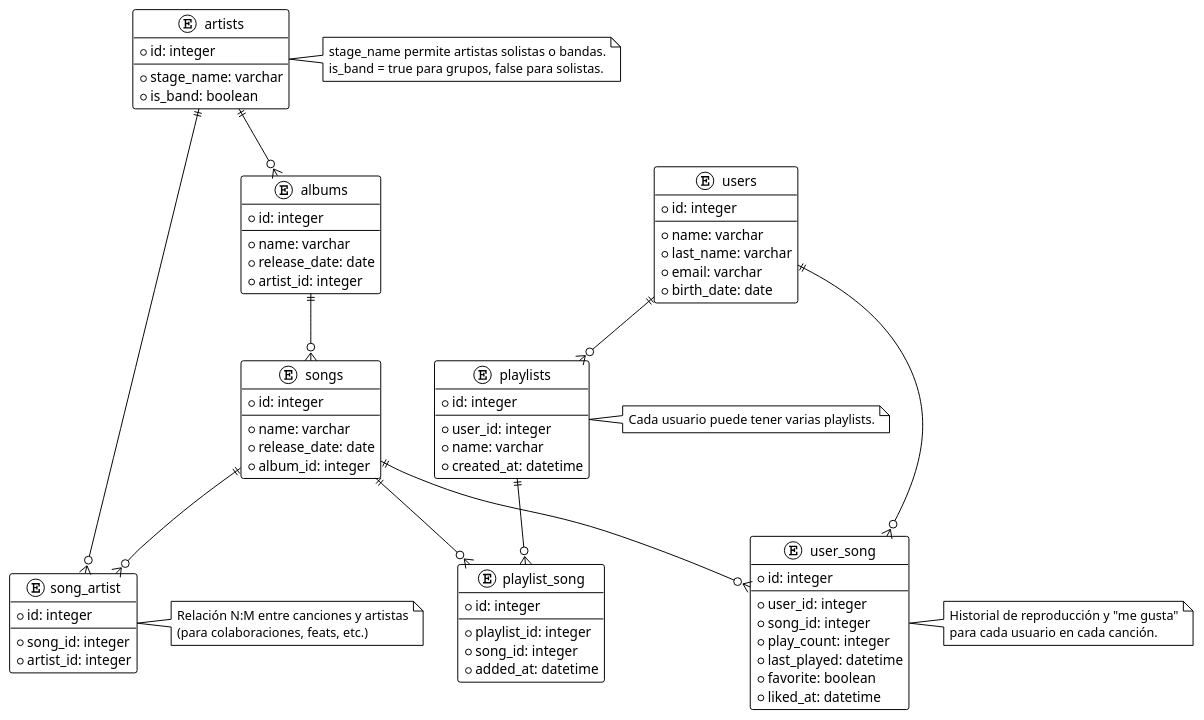
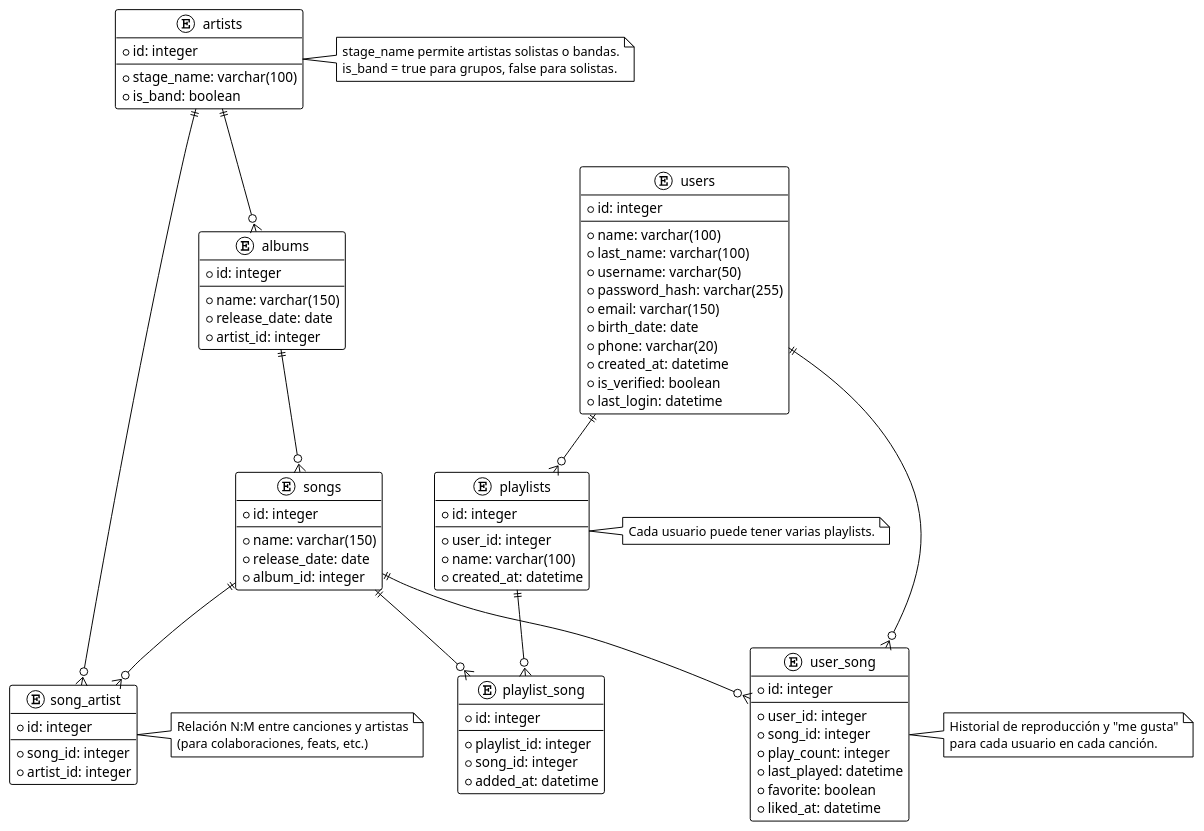
The diagram in DiagramaERDV2.plantuml (PatrickLeon24/ProyectoPrograMovil), drawn with PlantUML before and after one commit.

Commit message:
Cambios en tabla de usuarios

```diff
--- a/DiagramaERDV2.plantuml
+++ b/DiagramaERDV2.plantuml
@@ -1,104 +1,110 @@
 @startuml
 !theme plain
 
 entity "users" {
   * id: integer
   --
-  * name: varchar
-  * last_name: varchar
-  * email: varchar
+  * name: varchar(100)
+  * last_name: varchar(100)
+  * username: varchar(50)
+  * password_hash: varchar(255)
+  * email: varchar(150)
   * birth_date: date
+  * phone: varchar(20)
+  * created_at: datetime
+  * is_verified: boolean
+  * last_login: datetime
 }
 
 entity "artists" {
   * id: integer
   --
-  * stage_name: varchar
+  * stage_name: varchar(100)
   * is_band: boolean
 }
 
 entity "albums" {
   * id: integer
   --
-  * name: varchar
+  * name: varchar(150)
   * release_date: date
   * artist_id: integer
 }
 
 entity "songs" {
   * id: integer
   --
-  * name: varchar
+  * name: varchar(150)
   * release_date: date
   * album_id: integer
 }
 
 entity "song_artist" {
   * id: integer
   --
   * song_id: integer
   * artist_id: integer
 }
 
 entity "user_song" {
   * id: integer
   --
   * user_id: integer
   * song_id: integer
   * play_count: integer
   * last_played: datetime
   * favorite: boolean
   * liked_at: datetime
 }
 
 entity "playlists" {
   * id: integer
   --
   * user_id: integer
-  * name: varchar
+  * name: varchar(100)
   * created_at: datetime
 }
 
 entity "playlist_song" {
   * id: integer
   --
   * playlist_id: integer
   * song_id: integer
   * added_at: datetime
 }
 
 ' Relaciones
 users ||--o{ user_song
 songs ||--o{ user_song
 
 artists ||--o{ albums
 albums ||--o{ songs
 
 songs ||--o{ song_artist
 artists ||--o{ song_artist
 
 users ||--o{ playlists
 playlists ||--o{ playlist_song
 songs ||--o{ playlist_song
 
 ' Notas
 note right of artists
   stage_name permite artistas solistas o bandas.
   is_band = true para grupos, false para solistas.
 end note
 
 note right of song_artist
   Relación N:M entre canciones y artistas
   (para colaboraciones, feats, etc.)
 end note
 
 note right of playlists
   Cada usuario puede tener varias playlists.
 end note
 
 note right of user_song
   Historial de reproducción y "me gusta"
   para cada usuario en cada canción.
 end note
 
 @enduml
```
